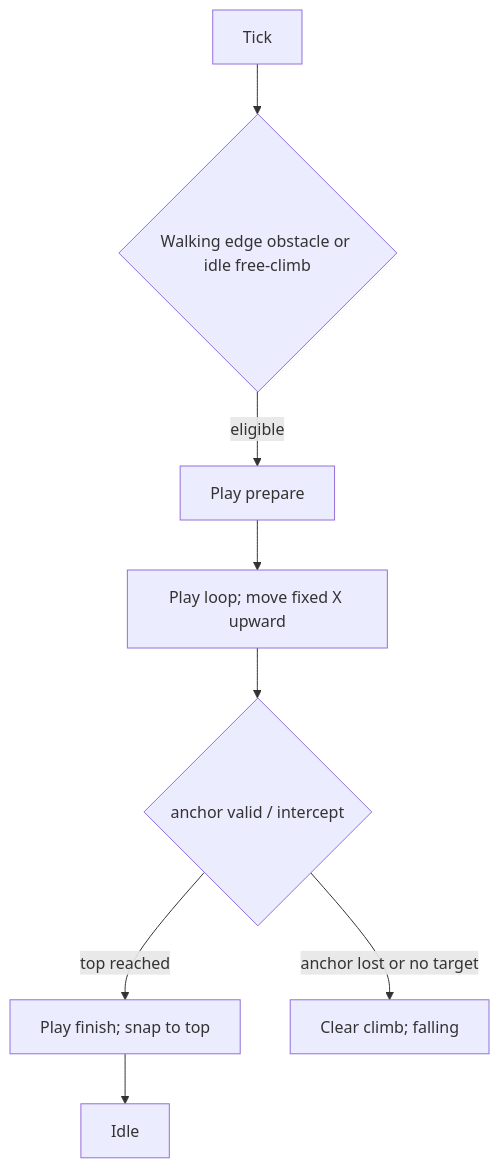
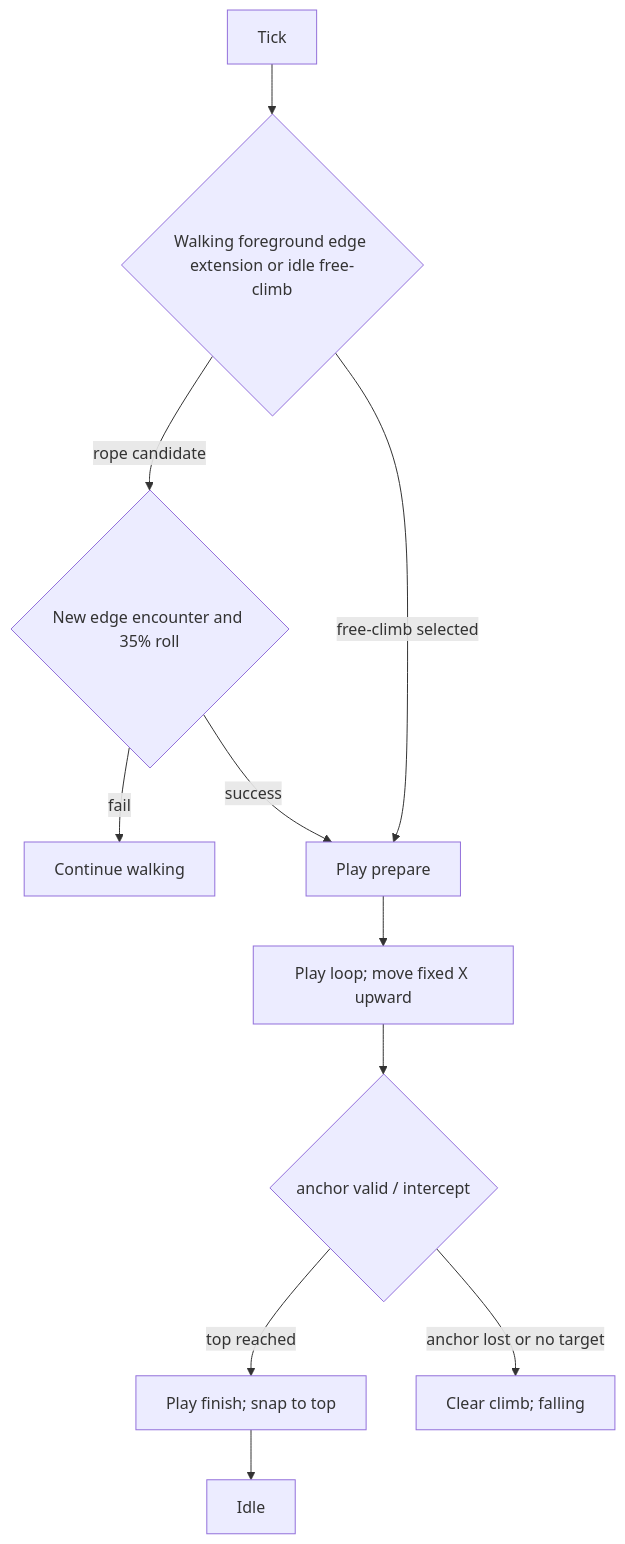
The second of 3 diagrams in docs/design/0008-window-climbing-behaviors.md (JJHbrams/win-overlay), drawn with Mermaid before and after one commit. The commit also changed other lines of this file and 7 other files, not shown here.

Commit message:
fix: trigger rope climb at foreground edges

````diff
--- a/docs/design/0008-window-climbing-behaviors.md
+++ b/docs/design/0008-window-climbing-behaviors.md
@@ -68,10 +71,13 @@
 ```mermaid
 flowchart TD
-  A["Tick"] --> B{"Walking edge obstacle or idle free-climb"}
-  B -->|eligible| P["Play prepare"]
+  A["Tick"] --> B{"Walking foreground edge extension or idle free-climb"}
+  B -->|rope candidate| C{"New edge encounter and 35% roll"}
+  C -->|fail| W["Continue walking"]
+  C -->|success| P["Play prepare"]
+  B -->|free-climb selected| P
   P --> L["Play loop; move fixed X upward"]
   L --> V{"anchor valid / intercept"}
   V -->|top reached| F["Play finish; snap to top"]
   V -->|anchor lost or no target| D["Clear climb; falling"]
   F --> I["Idle"]
 ```
````
